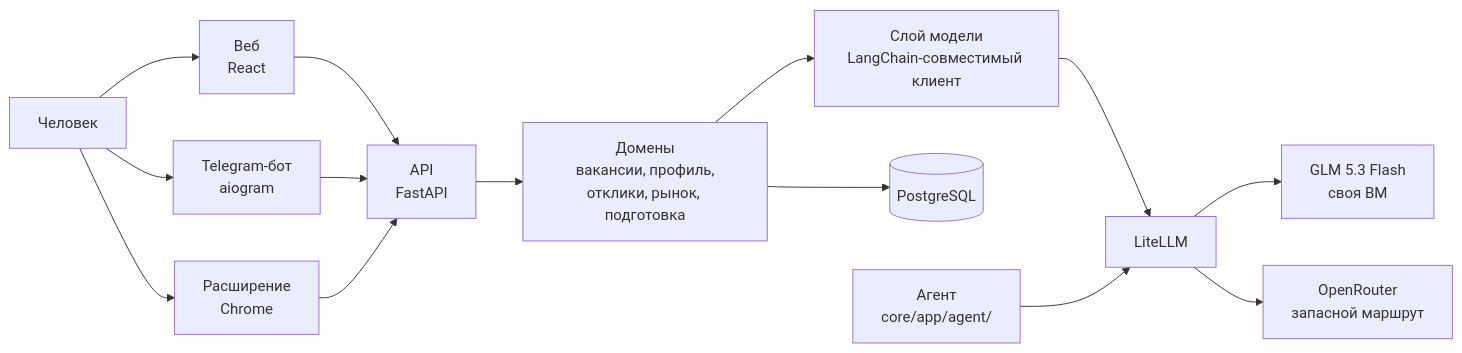
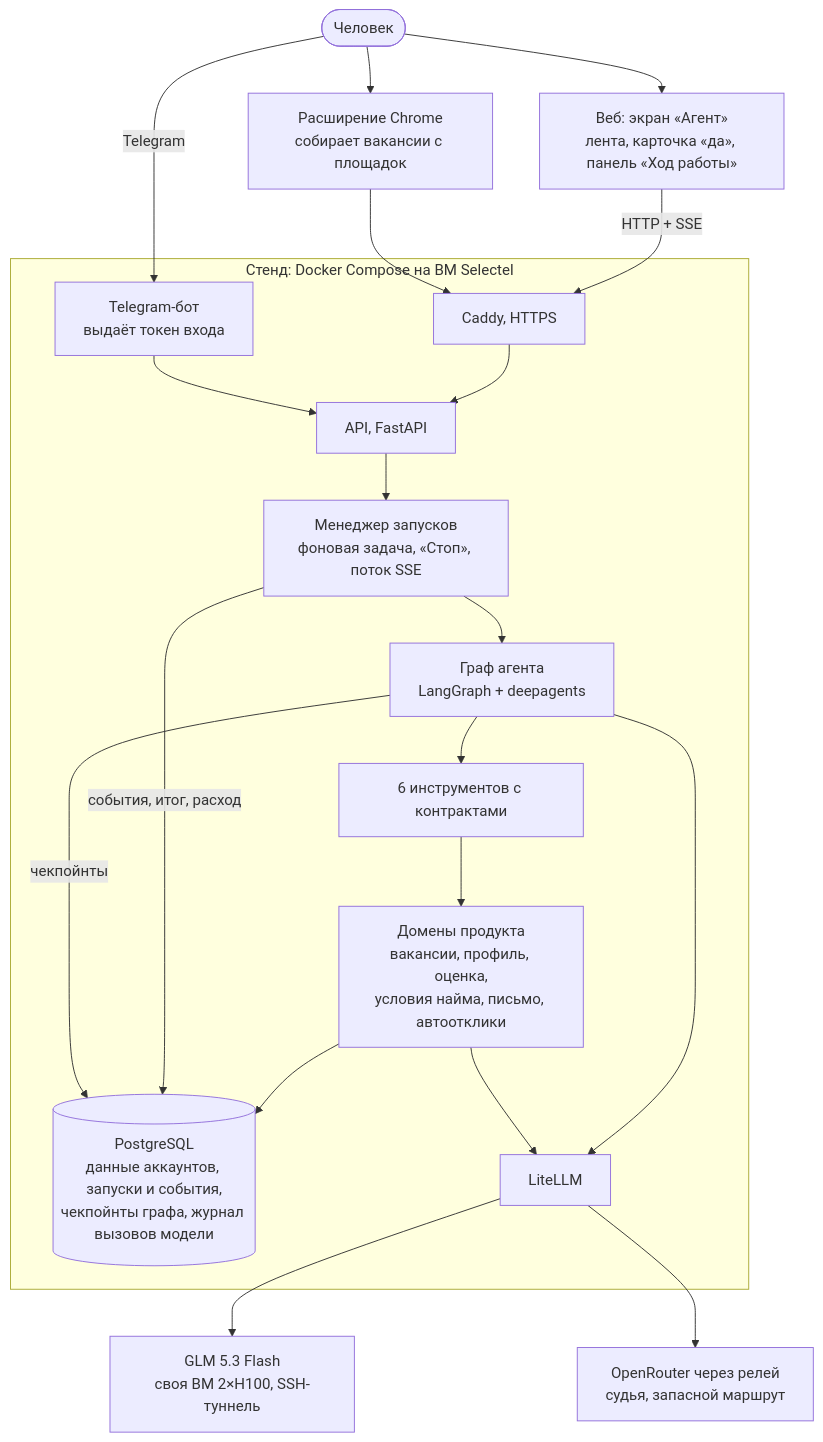
The first of 2 diagrams in README.md (stareeg/kurs-relocation-agent), drawn with Mermaid before and after one commit. The commit also changed other lines of this file, not shown here.

Commit message:
README: схема компонентов и цикл агента, контракты по коду [skip ci]

````diff
--- a/README.md
+++ b/README.md
@@ -13,16 +15,33 @@
 ```mermaid
-flowchart LR
-  U[Человек] --> W[Веб<br/>React]
-  U --> B[Telegram-бот<br/>aiogram]
-  U --> E[Расширение<br/>Chrome]
-  W --> A[API<br/>FastAPI]
-  B --> A
-  E --> A
-  A --> D[Домены<br/>вакансии, профиль,<br/>отклики, рынок, подготовка]
-  D --> L[Слой модели<br/>LangChain-совместимый клиент]
-  L --> P[LiteLLM]
-  P --> G[GLM 5.3 Flash<br/>своя ВМ]
-  P --> R[OpenRouter<br/>запасной маршрут]
-  D --> DB[(PostgreSQL)]
-  AG[Агент<br/>core/app/agent/] --> P
+flowchart TB
+  U(["Человек"])
+  W["Веб: экран «Агент»<br/>лента, карточка «да», панель «Ход работы»"]
+  EXT["Расширение Chrome<br/>собирает вакансии с площадок"]
+  subgraph stand["Стенд: Docker Compose на ВМ Selectel"]
+    CADDY["Caddy, HTTPS"]
+    BOT["Telegram-бот<br/>выдаёт токен входа"]
+    API["API, FastAPI"]
+    RUNS["Менеджер запусков<br/>фоновая задача, «Стоп», поток SSE"]
+    GRAPH["Граф агента<br/>LangGraph + deepagents"]
+    TOOLS["6 инструментов с контрактами"]
+    DOM["Домены продукта<br/>вакансии, профиль, оценка,<br/>условия найма, письмо, автоотклики"]
+    PG[("PostgreSQL<br/>данные аккаунтов, запуски и события,<br/>чекпойнты графа, журнал вызовов модели")]
+    LLM["LiteLLM"]
+  end
+  GLM["GLM 5.3 Flash<br/>своя ВМ 2×H100, SSH-туннель"]
+  OR["OpenRouter через релей<br/>судья, запасной маршрут"]
+  U --> W
+  U --> EXT
+  U -->|"Telegram"| BOT
+  W -->|"HTTP + SSE"| CADDY
+  EXT --> CADDY
+  CADDY --> API
+  BOT --> API
+  API --> RUNS --> GRAPH --> TOOLS --> DOM --> PG
+  RUNS -->|"события, итог, расход"| PG
+  GRAPH -->|"чекпойнты"| PG
+  GRAPH --> LLM
+  DOM --> LLM
+  LLM --> GLM
+  LLM --> OR
 ```
````
